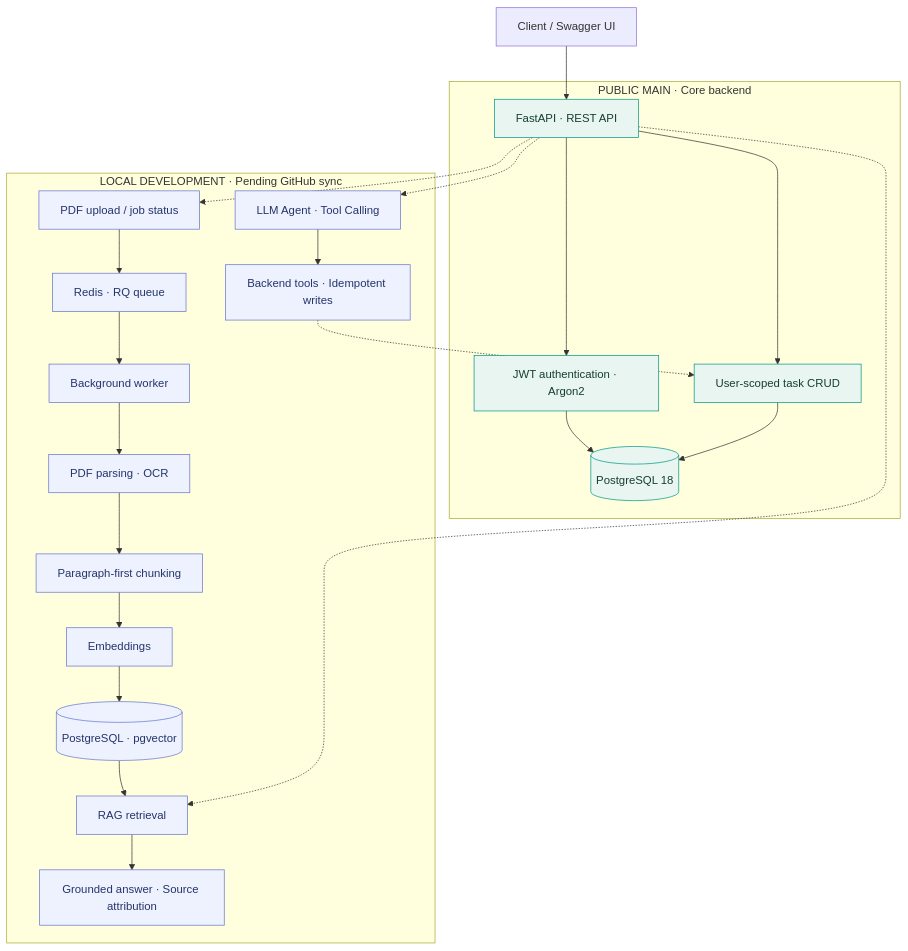
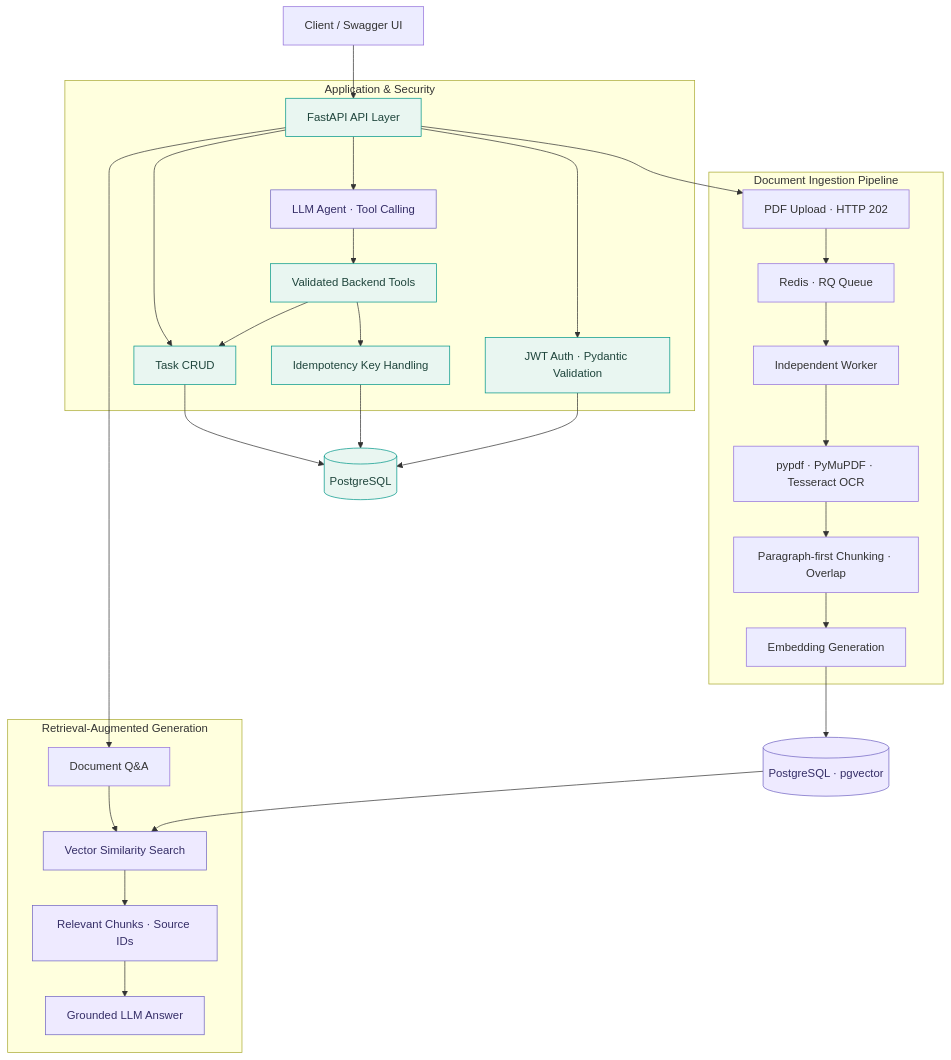
One commit to EighthhDayy/ai-task-manager changed the diagram in README.md. Above: the diagram before and after it, drawn with Mermaid. The commit also changed other lines of this file, not shown here.

Commit message:
docs: present full AI task and knowledge platform in README

````diff
--- a/README.md
+++ b/README.md
@@ -83,34 +71,40 @@
 ```mermaid
 flowchart TB
-    Client["Client / Swagger UI"] --> API["FastAPI · REST API"]
+    U["Client / Swagger UI"] --> API["FastAPI API Layer"]
 
-    subgraph Core["PUBLIC MAIN · Core backend"]
-        API --> Auth["JWT authentication · Argon2"]
-        API --> Tasks["User-scoped task CRUD"]
-        Tasks --> Postgres[("PostgreSQL 18")]
-        Auth --> Postgres
+    subgraph App["Application & Security"]
+        API --> Auth["JWT Auth · Pydantic Validation"]
+        API --> Tasks["Task CRUD"]
+        API --> Agent["LLM Agent · Tool Calling"]
+        Agent --> Tools["Validated Backend Tools"]
+        Tools --> Tasks
+        Tools --> Keys["Idempotency Key Handling"]
     end
 
-    subgraph Extensions["LOCAL DEVELOPMENT · Pending GitHub sync"]
-        API -.-> Agent["LLM Agent · Tool Calling"]
-        Agent --> Ops["Backend tools · Idempotent writes"]
-        Ops -.-> Tasks
-
-        API -.-> Upload["PDF upload / job status"]
-        Upload --> Queue["Redis · RQ queue"]
-        Queue --> Worker["Background worker"]
-        Worker --> Parse["PDF parsing · OCR"]
-        Parse --> Chunk["Paragraph-first chunking"]
-        Chunk --> Embed["Embeddings"]
-        Embed --> Vector[("PostgreSQL · pgvector")]
-
-        API -.-> Retrieval["RAG retrieval"]
-        Vector --> Retrieval
-        Retrieval --> Answer["Grounded answer · Source attribution"]
+    subgraph Docs["Document Ingestion Pipeline"]
+        API --> Upload["PDF Upload · HTTP 202"]
+        Upload --> Redis["Redis · RQ Queue"]
+        Redis --> Worker["Independent Worker"]
+        Worker --> Parser["pypdf · PyMuPDF · Tesseract OCR"]
+        Parser --> Chunk["Paragraph-first Chunking · Overlap"]
+        Chunk --> Embedding["Embedding Generation"]
     end
 
-    classDef core fill:#e8f5f0,stroke:#009688,color:#173e34;
-    classDef local fill:#eef2ff,stroke:#6574cd,color:#25346b;
-    class API,Auth,Tasks,Postgres core;
-    class Agent,Ops,Upload,Queue,Worker,Parse,Chunk,Embed,Vector,Retrieval,Answer local;
+    subgraph RAG["Retrieval-Augmented Generation"]
+        API --> Query["Document Q&A"]
+        Query --> Search["Vector Similarity Search"]
+        Search --> Evidence["Relevant Chunks · Source IDs"]
+        Evidence --> LLM["Grounded LLM Answer"]
+    end
+
+    Tasks --> DB[("PostgreSQL")]
+    Keys --> DB
+    Auth --> DB
+    Embedding --> Vector[("PostgreSQL · pgvector")]
+    Vector --> Search
+
+    classDef primary fill:#e9f6f1,stroke:#009688,color:#1f453c;
+    classDef model fill:#eeeaff,stroke:#7064c2,color:#352e67;
+    class API,Auth,Tasks,Tools,Keys,DB primary;
+    class Agent,LLM,Search,Evidence,Vector model;
 ```
````
